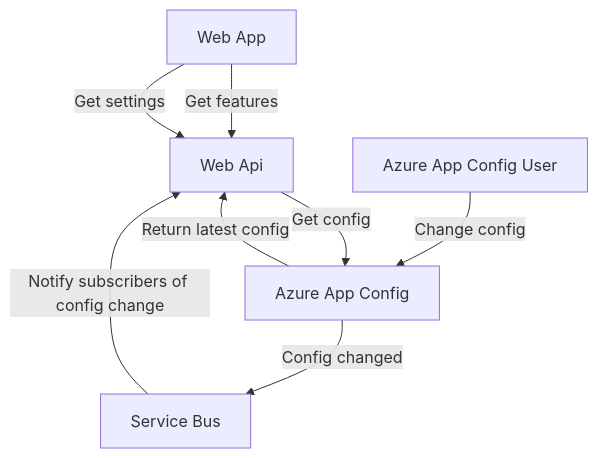
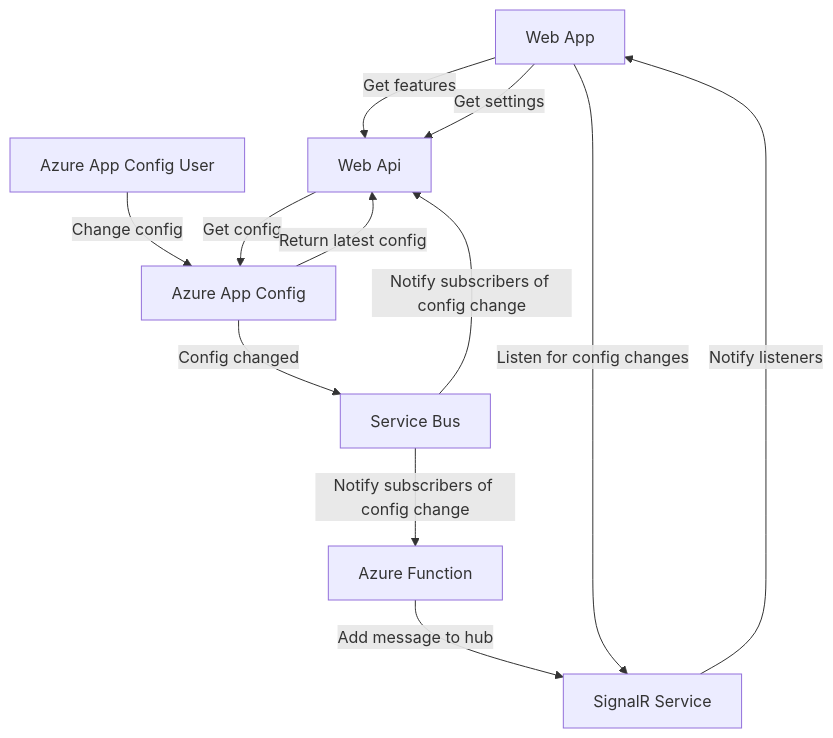
The second of 2 diagrams in README.md (esteimanuel/AzureAppConfiguration), drawn with Mermaid before and after one commit. The commit also changed other lines of this file, not shown here.

Commit message:
update push model diagram

````diff
--- a/README.md
+++ b/README.md
@@ -40,16 +39,21 @@
 ``` mermaid
 graph TD
     webapp[Web App]
     webapi[Web Api]
     appc[Azure App Config]
     sb[Service Bus]
     appcu[Azure App Config User]
+    azfun[Azure Function]
+    sigr[SignalR Service]
     webapp -->|Get features| webapi
     webapp -->|Get settings| webapi
+    appcu -->|Change config| appc
     webapi -->|Get config| appc
     appc -->|Return latest config| webapi
     appc -->|Config changed| sb
     sb -->|Notify subscribers of config change| webapi
-    appcu -->|Change config| appc
-
+    sb -->|Notify subscribers of config change| azfun
+    azfun -->|Add message to hub| sigr
+    sigr -->|Notify listeners| webapp
+    webapp -->|Listen for config changes| sigr
 ```
````
